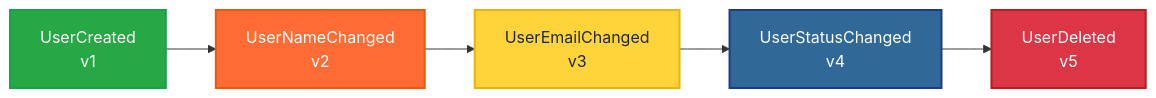
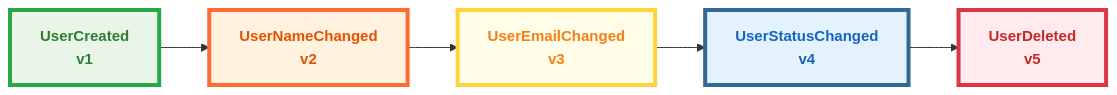
The diagram in docs/presentation/diagrams/source/event-stream-sequence.mmd (anmarkoulis/event-sourcing), drawn with Mermaid before and after one commit. The commit also changed 4 other files, not shown here.

First line of the commit message:
docs: improve diagram colors and analysis

```diff
--- a/docs/presentation/diagrams/source/event-stream-sequence.mmd
+++ b/docs/presentation/diagrams/source/event-stream-sequence.mmd
@@ -1,11 +1,11 @@
 graph LR
     A[UserCreated<br/>v1] --> B[UserNameChanged<br/>v2]
     B --> C[UserEmailChanged<br/>v3]
     C --> D[UserStatusChanged<br/>v4]
     D --> E[UserDeleted<br/>v5]
 
-    style A fill:#28A745,stroke:#16a34a,stroke-width:2px,color:#ffffff
-    style B fill:#FF6B35,stroke:#ea580c,stroke-width:2px,color:#ffffff
-    style C fill:#FFD43B,stroke:#eab308,stroke-width:2px,color:#1f2937
-    style D fill:#306998,stroke:#1e3a8a,stroke-width:2px,color:#ffffff
-    style E fill:#DC3545,stroke:#b91c1c,stroke-width:2px,color:#ffffff
+    style A fill:#E8F5E8,stroke:#28A745,stroke-width:4px,color:#2E7D32,font-weight:bold,font-size:15px,font-family:sans-serif
+    style B fill:#FFF3E0,stroke:#FF6B35,stroke-width:4px,color:#E65100,font-weight:bold,font-size:15px,font-family:sans-serif
+    style C fill:#FFFDE7,stroke:#FFD43B,stroke-width:4px,color:#F57F17,font-weight:bold,font-size:15px,font-family:sans-serif
+    style D fill:#E3F2FD,stroke:#306998,stroke-width:4px,color:#1565C0,font-weight:bold,font-size:15px,font-family:sans-serif
+    style E fill:#FFEBEE,stroke:#DC3545,stroke-width:4px,color:#C62828,font-weight:bold,font-size:15px,font-family:sans-serif
```
